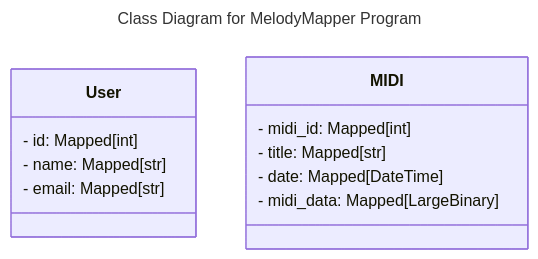
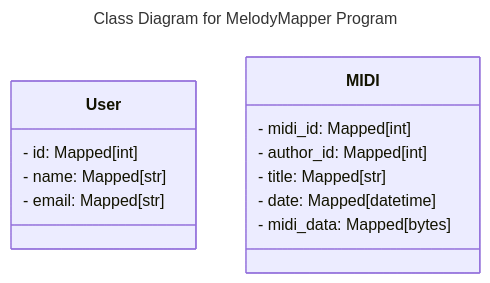
The third of 6 diagrams in README.md (bengoh815/cs506-project), drawn with Mermaid before and after one commit. The commit also changed other lines of this file and 1 other file, not shown here.

````diff
--- a/README.md
+++ b/README.md
@@ -134,19 +130,20 @@
 ```mermaid
 ---
 ---
 title: Class Diagram for MelodyMapper Program
 ---
 classDiagram
     class User {
         - id: Mapped[int]
         - name: Mapped[str]
         - email: Mapped[str]
     }
 
     class MIDI {
         - midi_id: Mapped[int]
+        - author_id: Mapped[int]
         - title: Mapped[str]
-        - date: Mapped[DateTime]
-        - midi_data: Mapped[LargeBinary]
+        - date: Mapped[datetime]
+        - midi_data: Mapped[bytes]
     }
 ```
````
